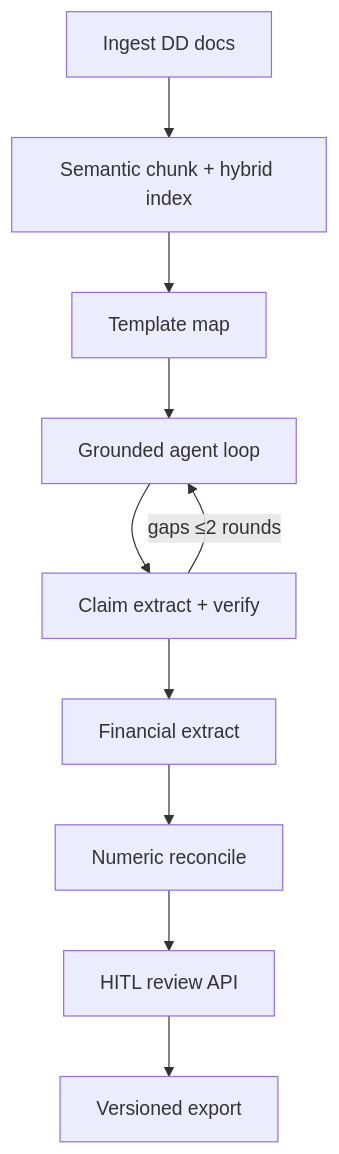
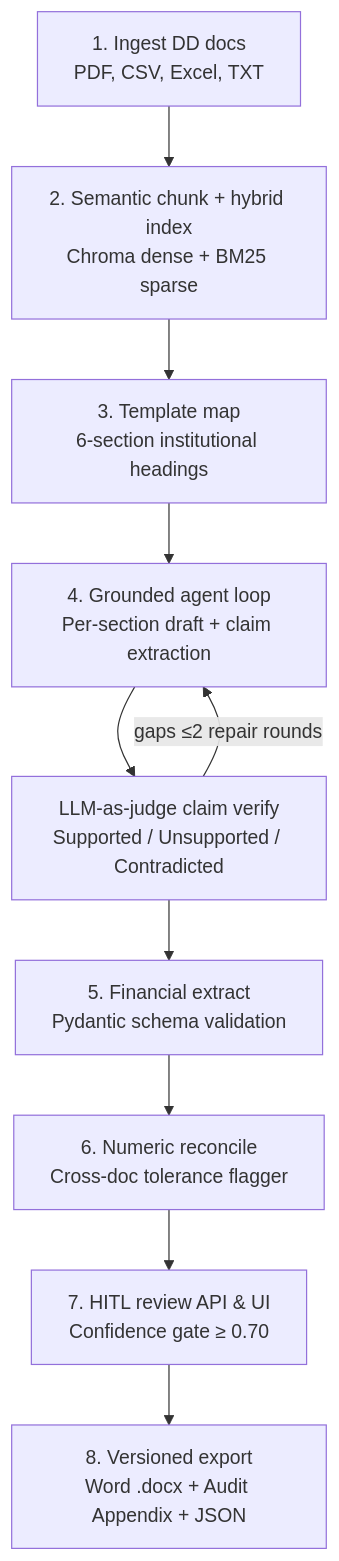
One commit to VJGit1/Deal-Memo-Auto-Generator changed the diagram in README.md. Above: the diagram before and after it, drawn with Mermaid. The commit also changed other lines of this file, not shown here.

Commit message:
docs(readme): document 1-click launcher, Windows worker, 6-section template, and DoH fallback

````diff
--- a/README.md
+++ b/README.md
@@ -7,12 +9,12 @@
 ```mermaid
 flowchart TD
-  ingest[Ingest DD docs] --> chunk[Semantic chunk + hybrid index]
-  chunk --> template[Template map]
-  template --> agent[Grounded agent loop]
-  agent --> claims[Claim extract + verify]
-  claims -->|gaps ≤2 rounds| agent
-  claims --> finance[Financial extract]
-  finance --> reconcile[Numeric reconcile]
-  reconcile --> hitl[HITL review API]
-  hitl --> export[Versioned export]
+  ingest[1. Ingest DD docs<br/>PDF, CSV, Excel, TXT] --> chunk[2. Semantic chunk + hybrid index<br/>Chroma dense + BM25 sparse]
+  chunk --> template[3. Template map<br/>6-section institutional headings]
+  template --> agent[4. Grounded agent loop<br/>Per-section draft + claim extraction]
+  agent --> claims[LLM-as-judge claim verify<br/>Supported / Unsupported / Contradicted]
+  claims -->|gaps ≤2 repair rounds| agent
+  claims --> finance[5. Financial extract<br/>Pydantic schema validation]
+  finance --> reconcile[6. Numeric reconcile<br/>Cross-doc tolerance flagger]
+  reconcile --> hitl[7. HITL review API & UI<br/>Confidence gate ≥ 0.70]
+  hitl --> export[8. Versioned export<br/>Word .docx + Audit Appendix + JSON]
 ```
````
